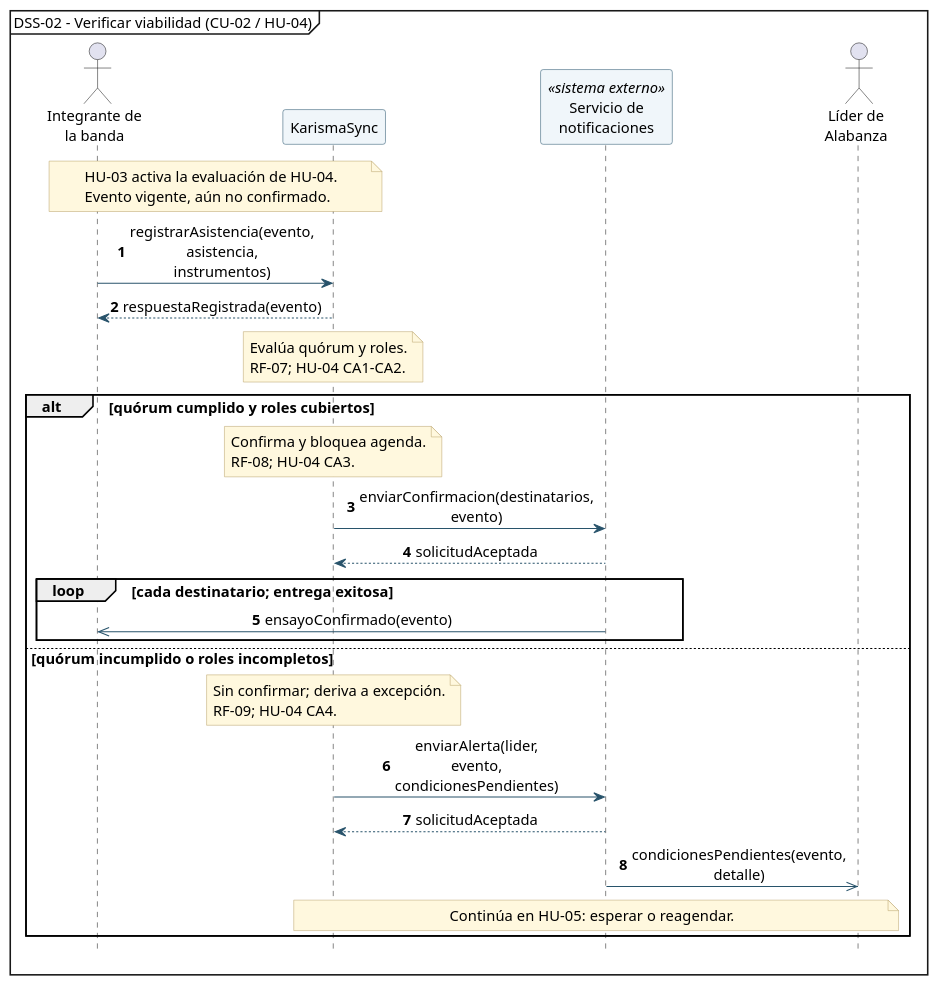
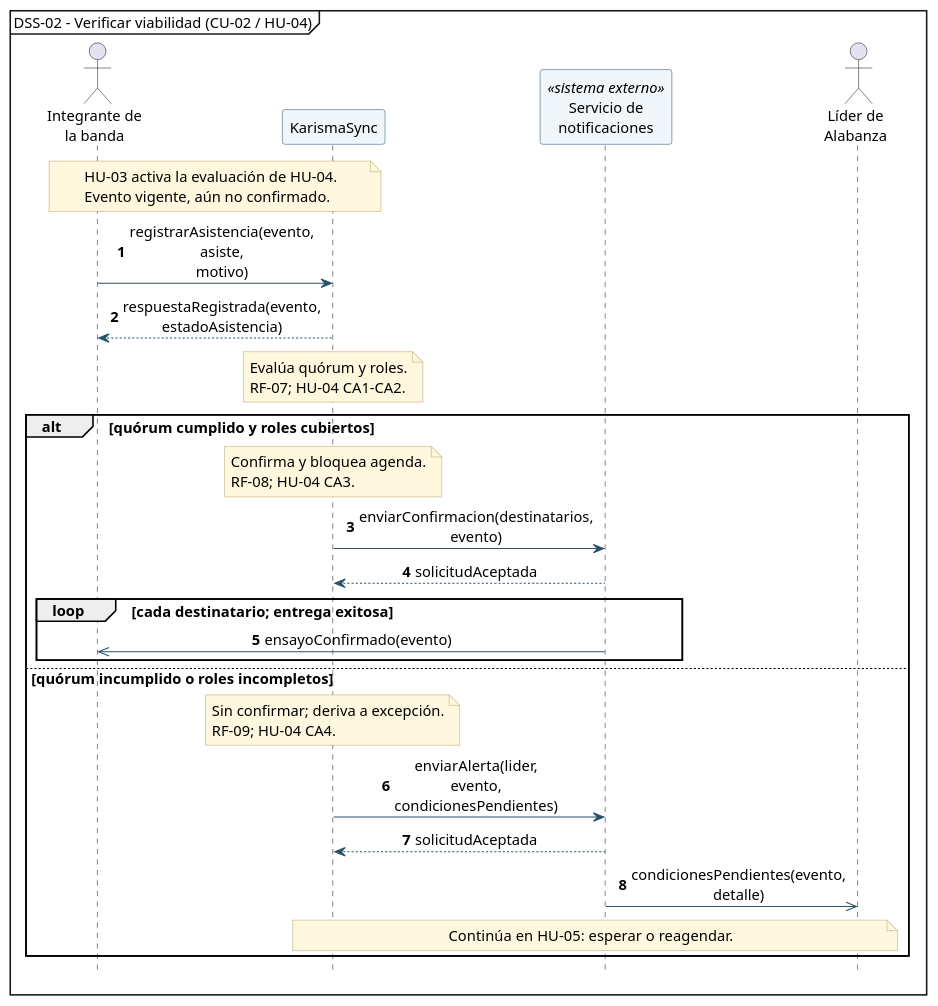
The diagram in diagramas/dss-02-verificar-viabilidad.puml (Ayiness/KarismaSync), drawn with PlantUML before and after one commit. The commit also changed 13 other files, not shown here.

Commit message:
HU-03: artefactos actualizados (motivo, cambio de respuesta, estado de asistencia, CU-05, CU-06, DSS-05, DSS-06, RF-14)

```diff
--- a/diagramas/dss-02-verificar-viabilidad.puml
+++ b/diagramas/dss-02-verificar-viabilidad.puml
@@ -1,70 +1,70 @@
 @startuml
 mainframe DSS-02 - Verificar viabilidad (CU-02 / HU-04)
 autonumber
 hide footbox
 skinparam backgroundColor white
 skinparam shadowing false
 skinparam defaultFontName SansSerif
 skinparam defaultFontSize 14
 skinparam sequenceMessageAlign center
 skinparam maxMessageSize 54
 skinparam BoxPadding 4
 skinparam NotePadding 4
 skinparam sequenceMessageSpacing 6
 skinparam ArrowColor #28536B
 skinparam participantBorderColor #28536B
 skinparam participantBackgroundColor #F0F6FA
 skinparam noteBackgroundColor #FFF8DE
 skinparam noteBorderColor #BBA46B
 
 <style>
 participant {
   Padding 8
 }
 </style>
 
 actor "Integrante de\nla banda" as Integrante
 participant "KarismaSync" as Sistema
 participant "Servicio de\nnotificaciones" as Notificaciones <<sistema externo>>
 actor "Líder de\nAlabanza" as Lider
 
 note over Integrante, Sistema
   HU-03 activa la evaluación de HU-04.
   Evento vigente, aún no confirmado.
 end note
 
-Integrante -> Sistema: registrarAsistencia(evento, asistencia, instrumentos)
-Sistema --> Integrante: respuestaRegistrada(evento)
+Integrante -> Sistema: registrarAsistencia(evento, asiste, motivo)
+Sistema --> Integrante: respuestaRegistrada(evento, estadoAsistencia)
 
 note over Sistema
   Evalúa quórum y roles.
   RF-07; HU-04 CA1-CA2.
 end note
 
 alt quórum cumplido y roles cubiertos
   note over Sistema
     Confirma y bloquea agenda.
     RF-08; HU-04 CA3.
   end note
   Sistema -> Notificaciones: enviarConfirmacion(destinatarios, evento)
   Notificaciones --> Sistema: solicitudAceptada
 
   loop cada destinatario; entrega exitosa
     Notificaciones ->> Integrante: ensayoConfirmado(evento)
   end
 
 else quórum incumplido o roles incompletos
   note over Sistema
     Sin confirmar; deriva a excepción.
     RF-09; HU-04 CA4.
   end note
   Sistema -> Notificaciones: enviarAlerta(lider, evento, condicionesPendientes)
   Notificaciones --> Sistema: solicitudAceptada
   Notificaciones ->> Lider: condicionesPendientes(evento, detalle)
 
   note over Sistema, Lider
     Continúa en HU-05: esperar o reagendar.
   end note
 end
 
 @enduml
```
